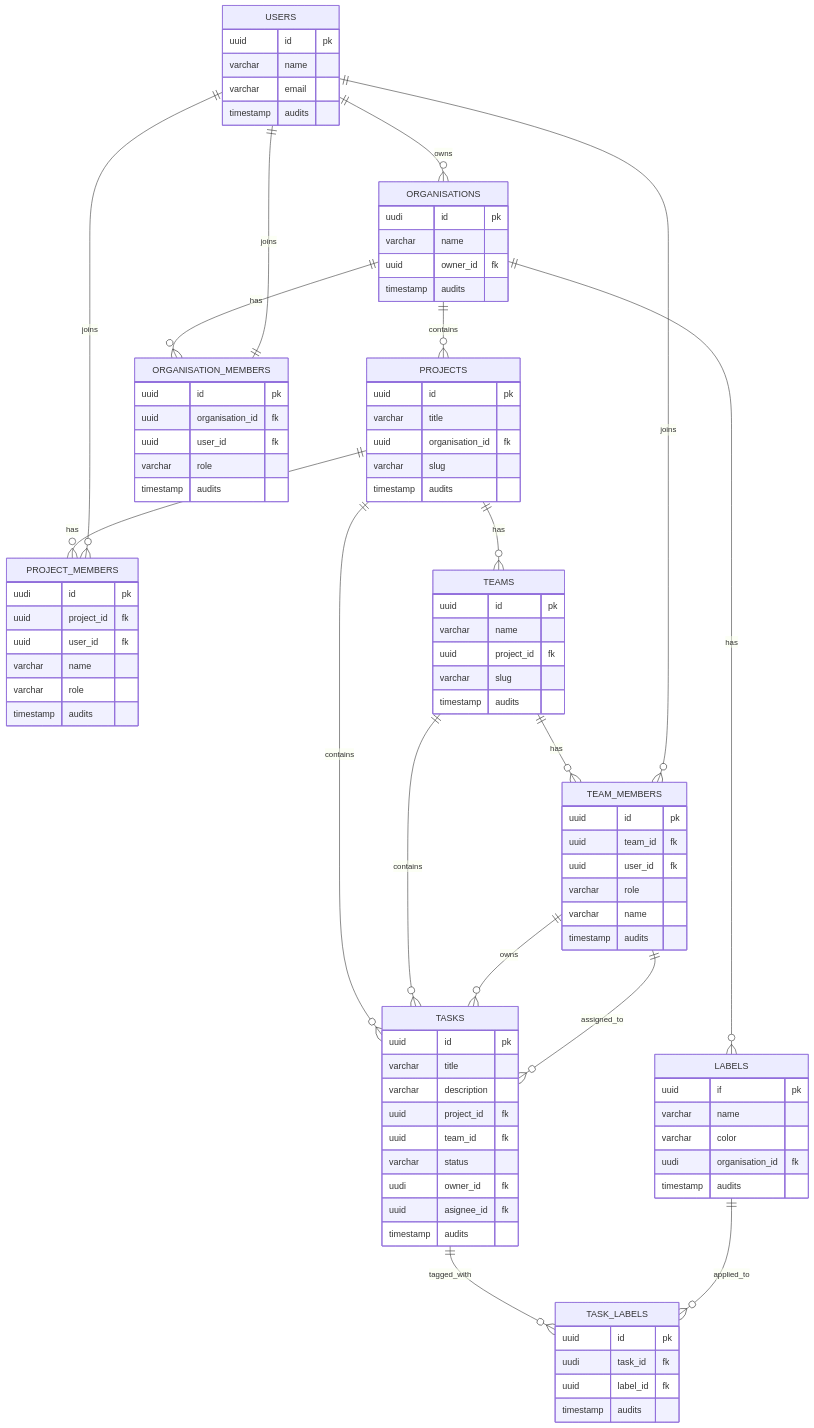
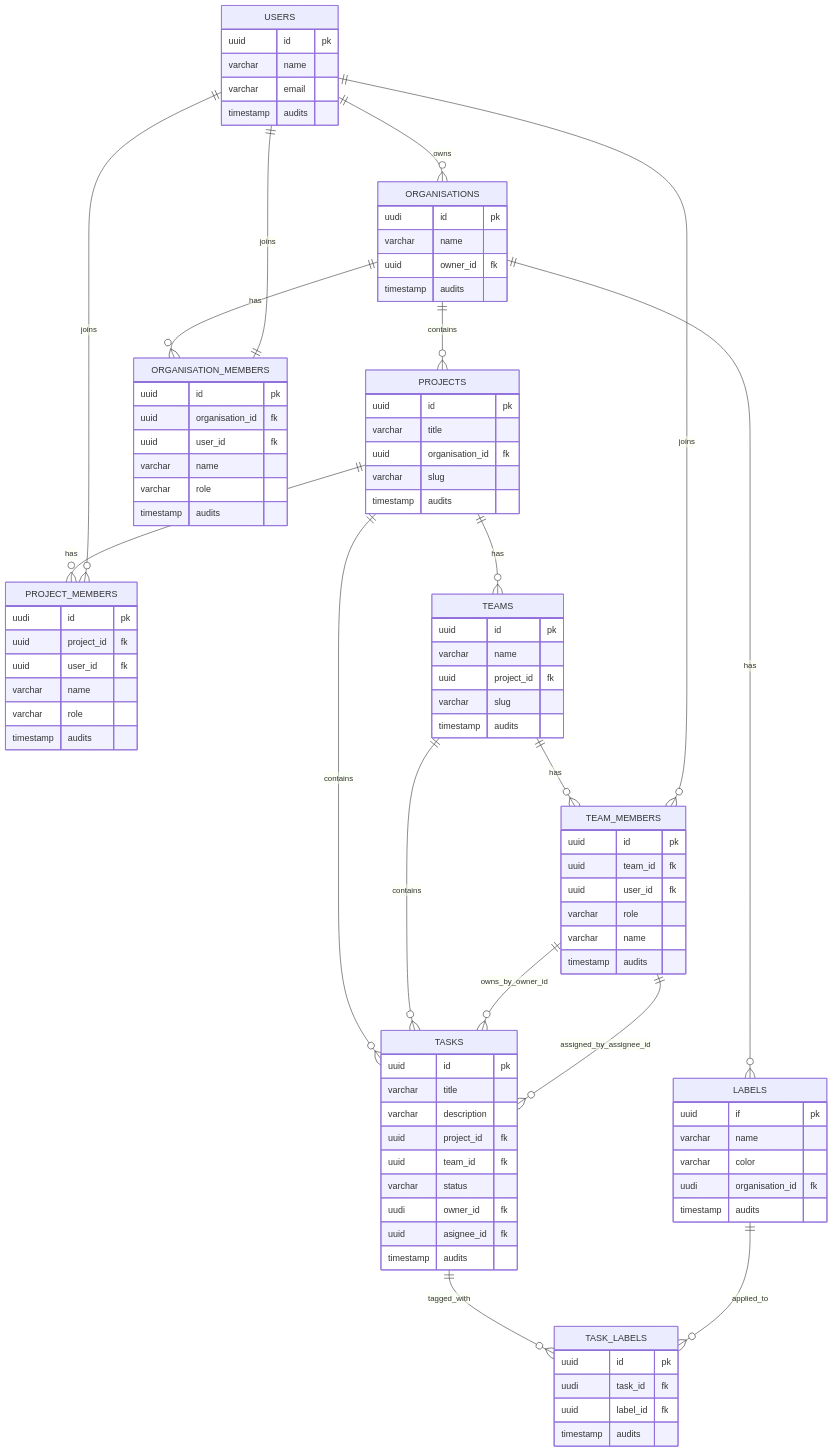
One commit to santhosh25420/taskforge changed the diagram in docs/E-R diagram.md. Above: the diagram before and after it, drawn with Mermaid. The commit also changed other lines of this file and 3 other files, not shown here.

Commit message:
taskforge:Add Class Diagram

````diff
--- a/docs/E-R diagram.md
+++ b/docs/E-R diagram.md
@@ -1,5 +1,6 @@
 ```mermaid
 erDiagram
+    
     USERS ||--o{ ORGANISATIONS : owns
     ORGANISATIONS ||--o{ PROJECTS : contains
     ORGANISATIONS ||--o{ ORGANISATION_MEMBERS : has
@@ -14,8 +15,8 @@
     
     PROJECTS ||--o{ TASKS : contains
     TEAMS ||--o{ TASKS: contains
-    TEAM_MEMBERS ||--o{ TASKS : owns
-    TEAM_MEMBERS ||--o{ TASKS : assigned_to
+    TEAM_MEMBERS ||--o{ TASKS : owns_by_owner_id
+    TEAM_MEMBERS ||--o{ TASKS : assigned_by_assignee_id
     
     ORGANISATIONS ||--o{ LABELS : has
     TASKS ||--o{ TASK_LABELS: tagged_with
@@ -40,6 +41,7 @@
         uuid id pk
         uuid organisation_id fk
         uuid user_id fk
+        varchar name
         varchar role
         timestamp audits
  }
@@ -101,5 +103,5 @@
         uuid label_id fk
         timestamp audits
  }
-    
+
 ```
````
